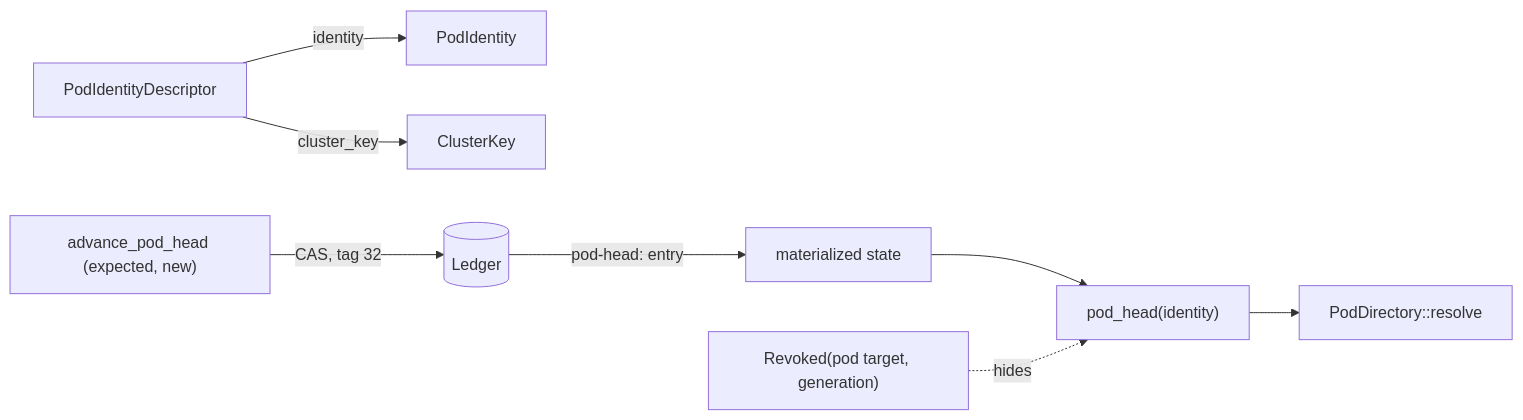
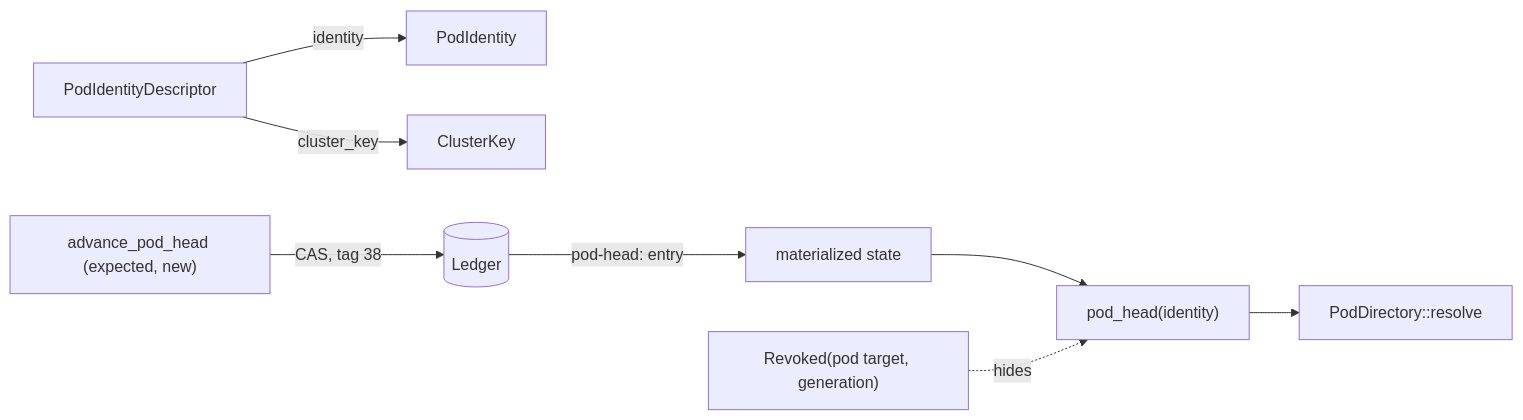
One commit to xrey167/PTR changed the diagram in docs/architecture/40-pod-linking.md. Above: the diagram before and after it, drawn with Mermaid. The commit also changed other lines of this file and 7 other files, not shown here.

First line of the commit message:
Move PodHeadAdvanced to ledger tag 38

````diff
--- a/docs/architecture/40-pod-linking.md
+++ b/docs/architecture/40-pod-linking.md
@@ -60,10 +60,10 @@
 ```mermaid
 flowchart LR
     D["PodIdentityDescriptor"] -->|identity| I["PodIdentity"]
     D -->|cluster_key| C["ClusterKey"]
-    W["advance_pod_head (expected, new)"] -->|CAS, tag 32| L[("Ledger")]
+    W["advance_pod_head (expected, new)"] -->|CAS, tag 38| L[("Ledger")]
     L -->|pod-head: entry| S["materialized state"]
     S --> H["pod_head(identity)"]
     H --> R["PodDirectory::resolve"]
     V["Revoked(pod target, generation)"] -.hides.-> H
 ```
````
